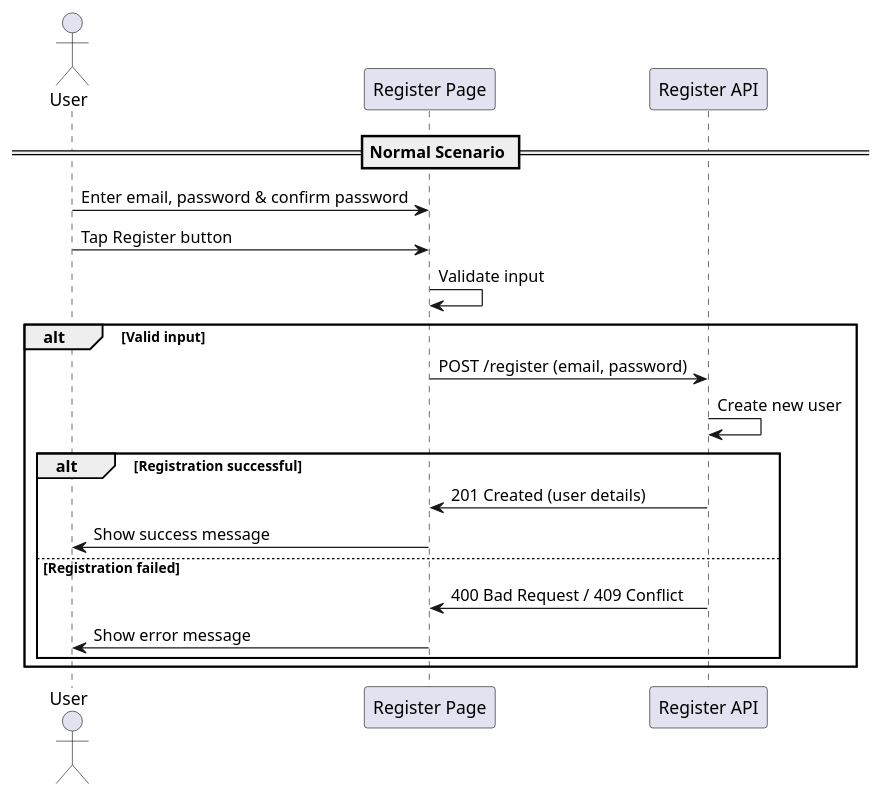
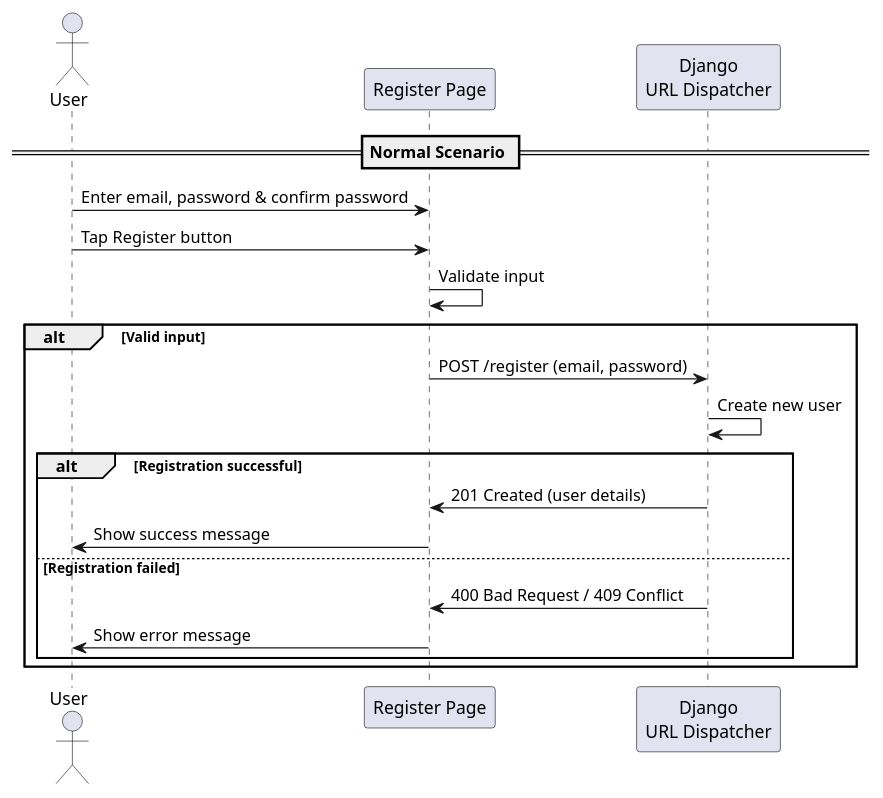
The diagram in registration/register.puml (KMITL-BusBuddy/diagram), drawn with PlantUML before and after one commit. The commit also changed 4 other files, not shown here.

```diff
--- a/registration/register.puml
+++ b/registration/register.puml
@@ -1,23 +1,23 @@
 @startuml
 
 actor User
 participant "Register Page" as UI
-participant "Register API" as API
+participant "Django\nURL Dispatcher" as API
 
 == Normal Scenario ==
 User -> UI: Enter email, password & confirm password
 User -> UI: Tap Register button
 UI -> UI: Validate input
 alt Valid input
     UI -> API: POST /register (email, password)
     API -> API: Create new user
     alt Registration successful
         API -> UI: 201 Created (user details)
         UI -> User: Show success message
     else Registration failed
         API -> UI: 400 Bad Request / 409 Conflict
         UI -> User: Show error message
     end
 end
 
 @enduml
```
